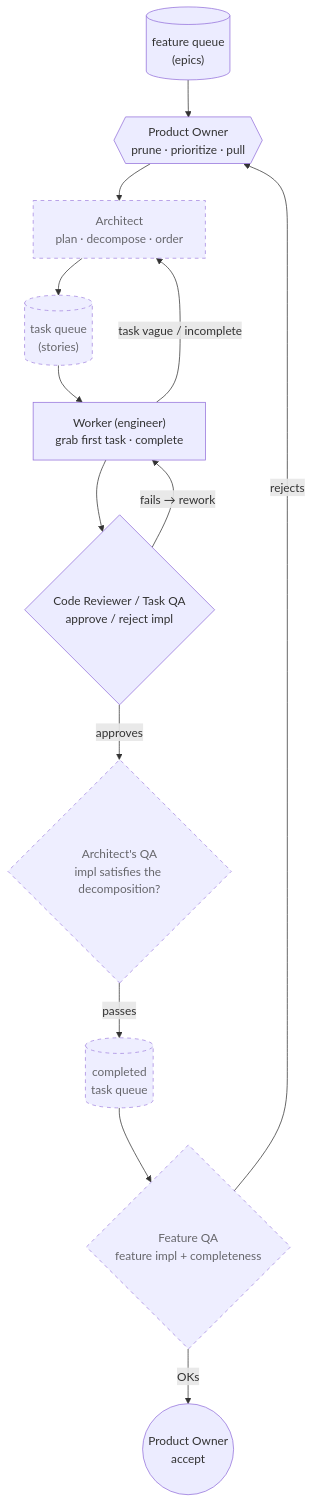
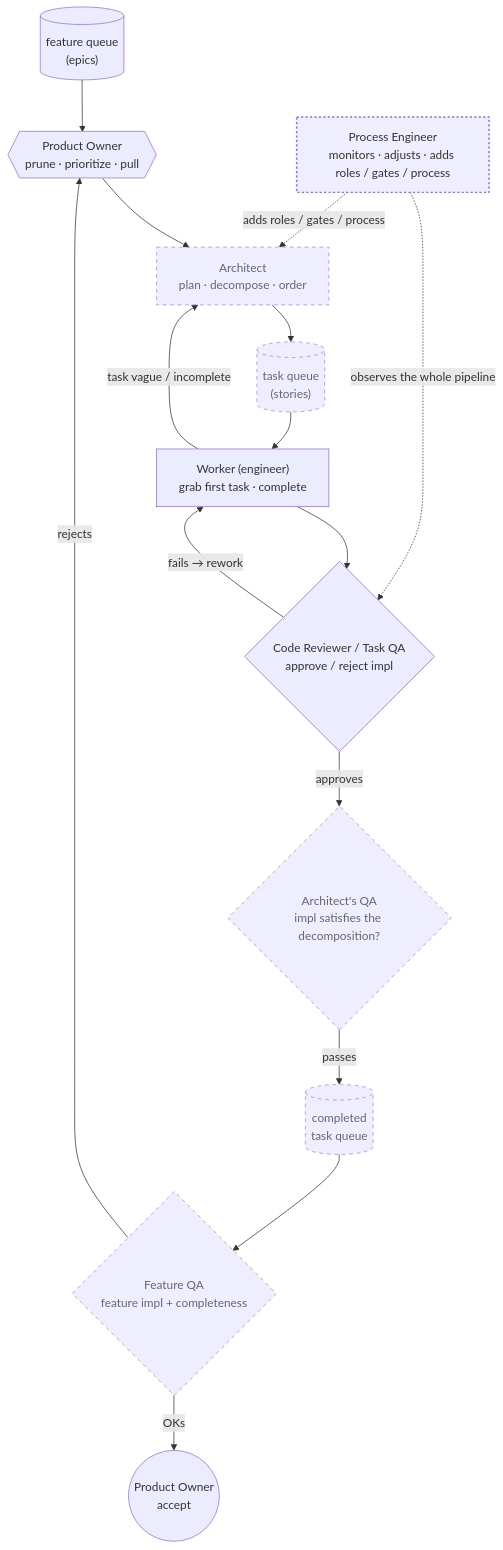
The diagram in docs/v3-target-architecture.md (gsrunion/flywheel-harness), drawn with Mermaid before and after one commit. The commit also changed other lines of this file, not shown here.

First line of the commit message:
v3 arch: add Process Engineer — the recursive apex (improves the process, adds roles/gates); its guardrail (add freely, weaken only owner-ratified); done by hand today via foreman+librarian+rule-10

````diff
--- a/docs/v3-target-architecture.md
+++ b/docs/v3-target-architecture.md
@@ -9,25 +9,30 @@
 ```mermaid
 flowchart TB
     FQ[("feature queue<br/>(epics)")]
     PO{{"Product Owner<br/>prune · prioritize · pull"}}
     ARCH["Architect<br/>plan · decompose · order"]:::planned
     TQ[("task queue<br/>(stories)")]:::planned
     W["Worker (engineer)<br/>grab first task · complete"]
     TQA{"Code Reviewer / Task QA<br/>approve / reject impl"}
     AQA{"Architect's QA<br/>impl satisfies the decomposition?"}:::planned
     CTQ[("completed<br/>task queue")]:::planned
     FQA{"Feature QA<br/>feature impl + completeness"}:::planned
     ACC(("Product Owner<br/>accept"))
 
+    PE["Process Engineer<br/>monitors · adjusts · adds roles / gates / process"]:::meta
+
     FQ --> PO --> ARCH --> TQ --> W
     W -->|"task vague / incomplete"| ARCH
     W --> TQA
     TQA -->|"fails → rework"| W
     TQA -->|"approves"| AQA
     AQA -->|"passes"| CTQ
     CTQ --> FQA
     FQA -->|"rejects"| PO
     FQA -->|"OKs"| ACC
+    PE -.->|"observes the whole pipeline"| TQA
+    PE -.->|"adds roles / gates / process"| ARCH
 
     classDef planned stroke-dasharray:5 5,opacity:0.85
+    classDef meta fill:#eef,stroke-dasharray:3 3,stroke-width:2px
 ```
````
